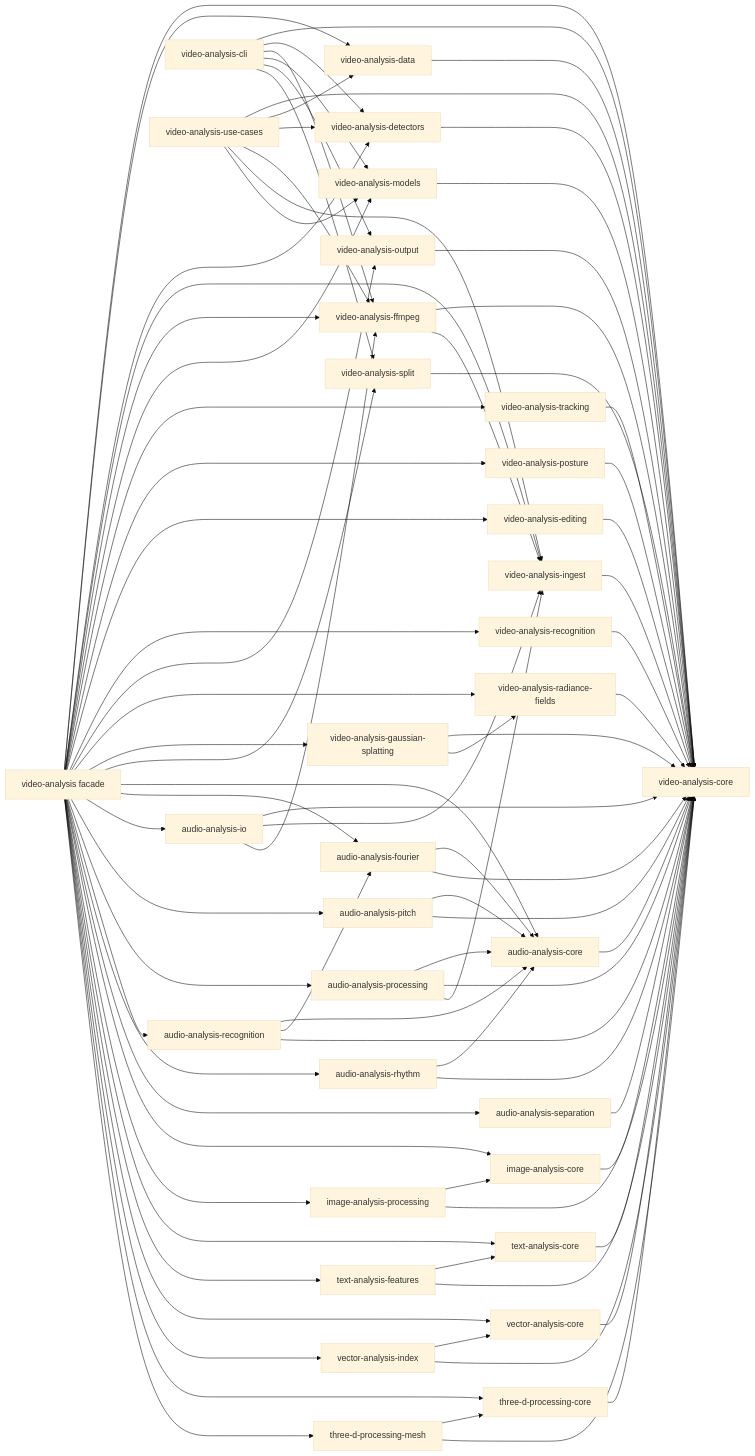
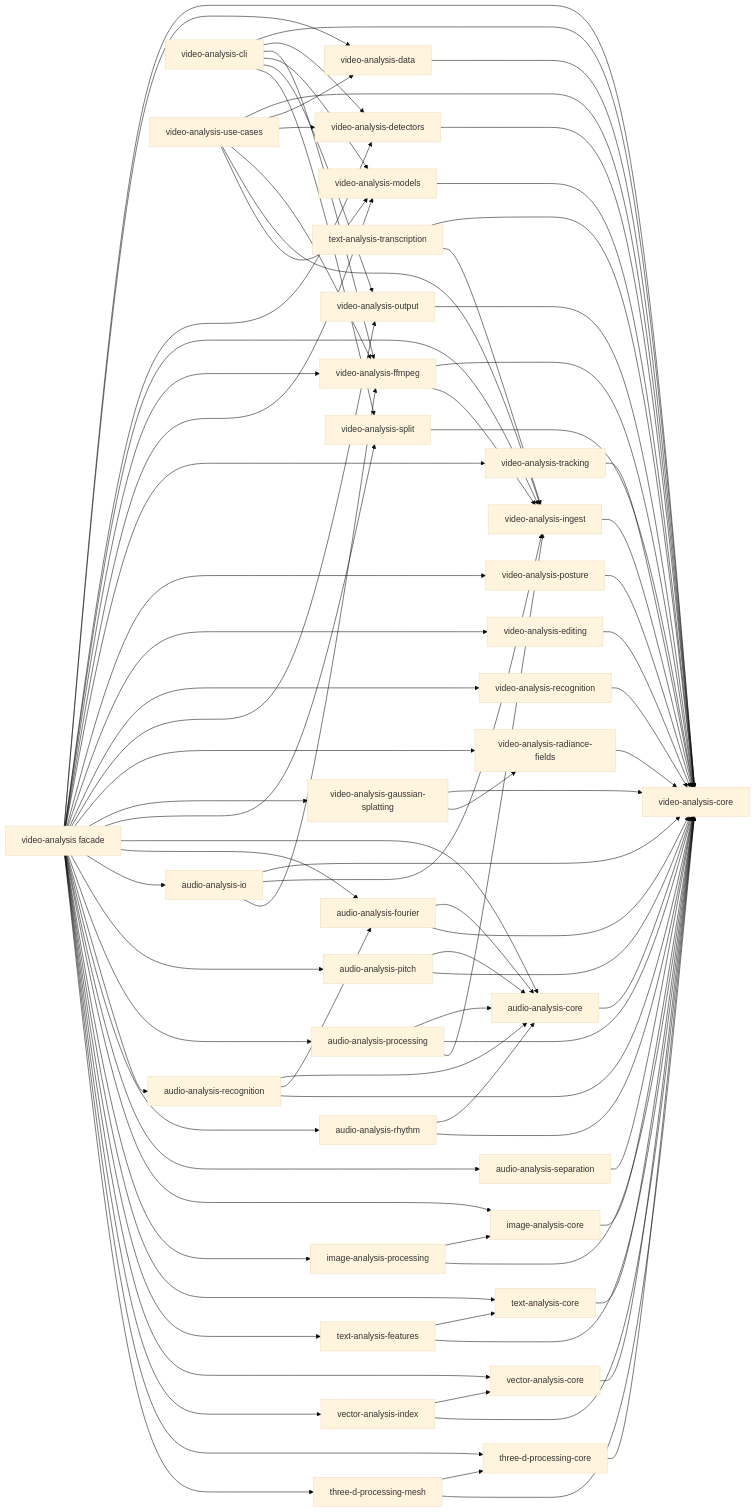
The diagram in README.md (moritzbrantner/rust-packages), drawn with Mermaid (base theme) before and after one commit. The commit also changed other lines of this file and 11 other files, not shown here.

First line of the commit message:
Add transcription text analysis crate

```diff
--- a/README.md
+++ b/README.md
@@ -190,6 +194,7 @@
     imageprocessing[image-analysis-processing]
     textcore[text-analysis-core]
     textfeatures[text-analysis-features]
+    texttranscription[text-analysis-transcription]
     vectorcore[vector-analysis-core]
     vectorindex[vector-analysis-index]
     threedcore[three-d-processing-core]
@@ -236,6 +241,8 @@
     textcore --> core
     textfeatures --> textcore
     textfeatures --> core
+    texttranscription --> core
+    texttranscription --> ingest
     vectorcore --> core
     vectorindex --> vectorcore
     vectorindex --> core
```
